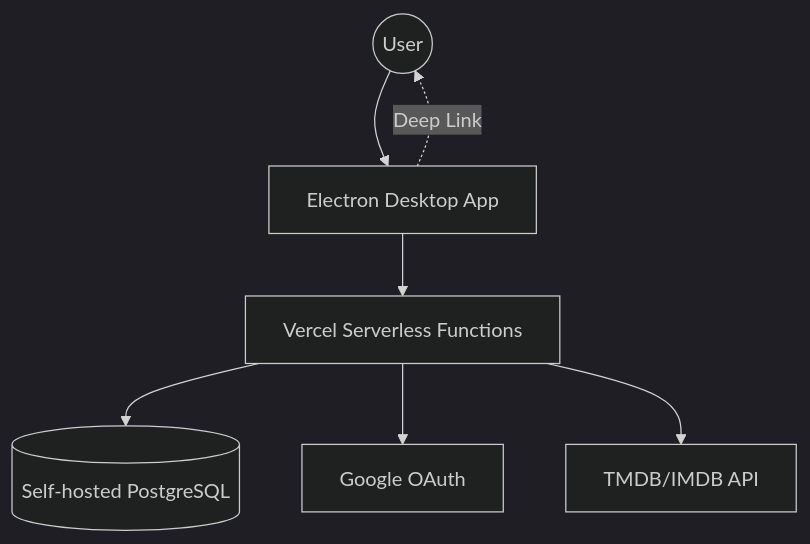
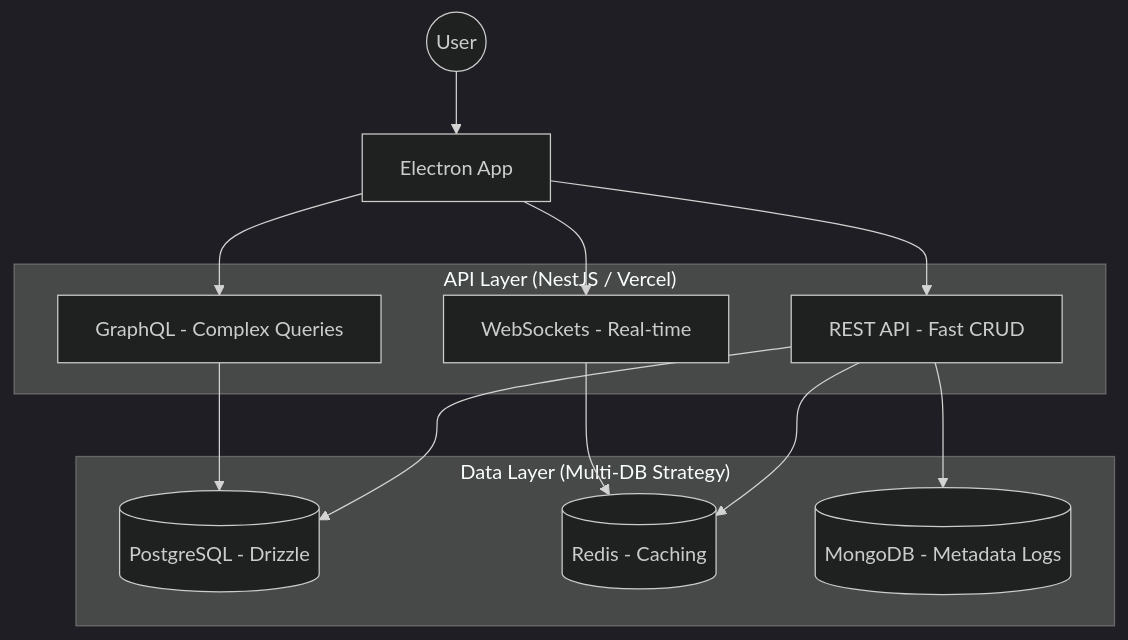
One commit to cafeverse/CafeVerse changed the diagram in ARCHITECTURE.md. Above: the diagram before and after it, drawn with Mermaid (dark theme). The commit also changed other lines of this file, not shown here.

First line of the commit message:
docs: update ARCHITECTURE.md with hybrid multi-DB/API design

````diff
--- a/ARCHITECTURE.md
+++ b/ARCHITECTURE.md
@@ -17,16 +11,28 @@
 ```mermaid
 graph TD
     User((User))
-    Electron[Electron Desktop App]
-    Vercel[Vercel Serverless Functions]
-    Postgres[(Self-hosted PostgreSQL)]
-    Google[Google OAuth]
-    TMDB[TMDB/IMDB API]
+    Electron[Electron App]
+
+    subgraph "API Layer (NestJS / Vercel)"
+        REST[REST API - Fast CRUD]
+        GQL[GraphQL - Complex Queries]
+        WS[WebSockets - Real-time]
+    end
+
+    subgraph "Data Layer (Multi-DB Strategy)"
+        PG[(PostgreSQL - Drizzle)]
+        Redis[(Redis - Caching)]
+        Mongo[(MongoDB - Metadata Logs)]
+    end
 
     User --> Electron
-    Electron --> Vercel
-    Vercel --> Postgres
-    Vercel --> Google
-    Vercel --> TMDB
-    Electron -.->|Deep Link| User
+    Electron --> REST
+    Electron --> GQL
+    Electron --> WS
+
+    REST --> PG
+    GQL --> PG
+    REST --> Redis
+    WS --> Redis
+    REST --> Mongo
 ```
````
